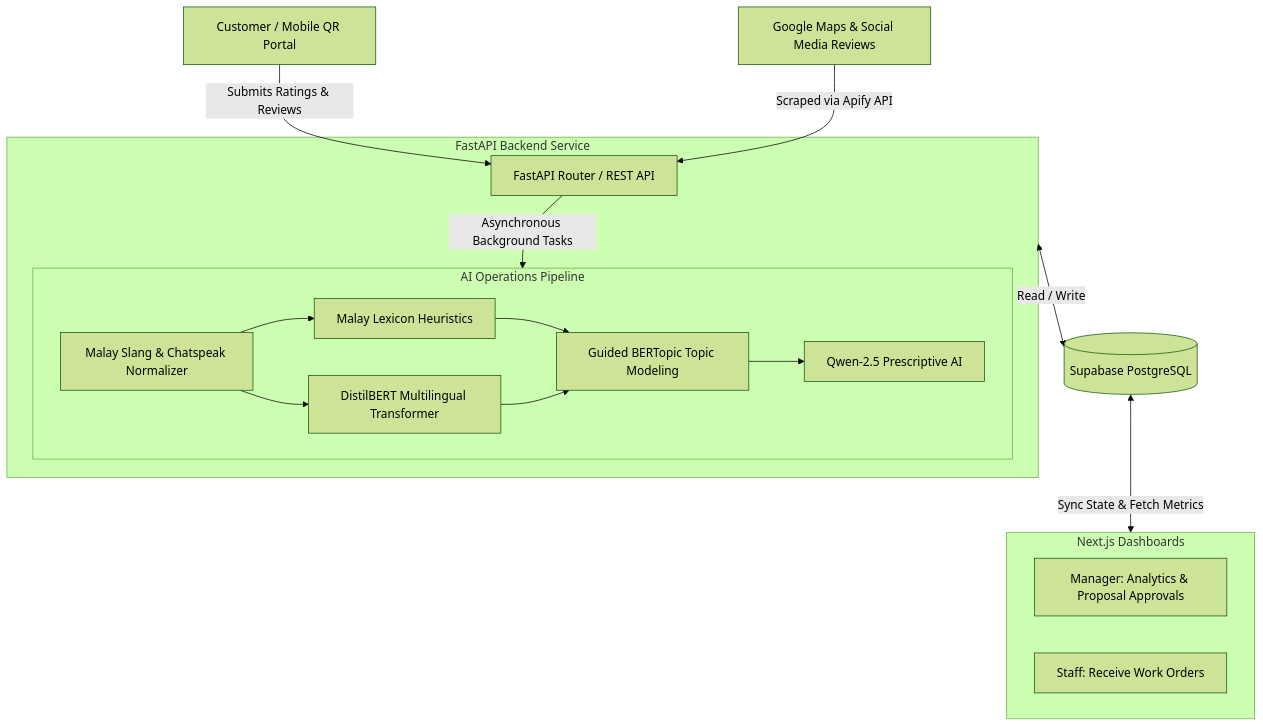
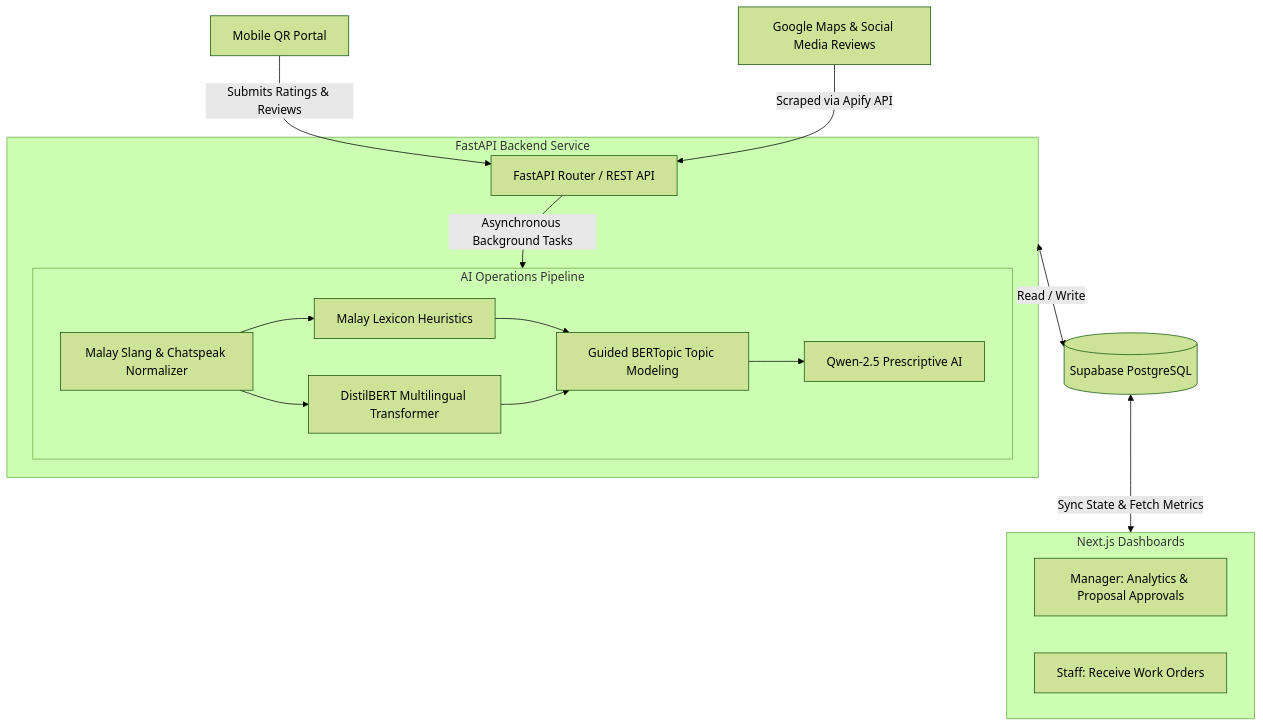
The first of 3 diagrams in README.md (joshuwaw/FoodLytics-System), drawn with Mermaid (forest theme) before and after one commit.

Commit message:
docs: Update architecture diagram Customer label in README

````diff
--- a/README.md
+++ b/README.md
@@ -14,34 +14,34 @@
 ```mermaid
 graph TD
     %% Inputs
-    Customer[Customer / Mobile QR Portal] -->|Submits Ratings & Reviews| API
+    Customer[Mobile QR Portal] -->|Submits Ratings & Reviews| API
     ExtReviews[Google Maps & Social Media Reviews] -->|Scraped via Apify API| API
 
     subgraph Backend [FastAPI Backend Service]
         API[FastAPI Router / REST API] -->|Asynchronous Background Tasks| Pipeline
         
         subgraph Pipeline [AI Operations Pipeline]
             Slang[Malay Slang & Chatspeak Normalizer]
             Lexicon[Malay Lexicon Heuristics]
             DistilBERT[DistilBERT Multilingual Transformer]
             TopicClustering[Guided BERTopic Topic Modeling]
             LLMEngine[Qwen-2.5 Prescriptive AI]
             
             Slang --> Lexicon
             Slang --> DistilBERT
             Lexicon & DistilBERT --> TopicClustering
             TopicClustering --> LLMEngine
         end
     end
 
     %% Database
     Backend <-->|Read / Write| DB[(Supabase PostgreSQL)]
 
     %% Dashboards
     DB <-->|Sync State & Fetch Metrics| Frontend[Next.js Role-Based Interfaces]
     
     subgraph Frontend [Next.js Dashboards]
         ManagerDash[Manager: Analytics & Proposal Approvals]
         StaffDash[Staff: Receive Work Orders]
     end
 ```
````
